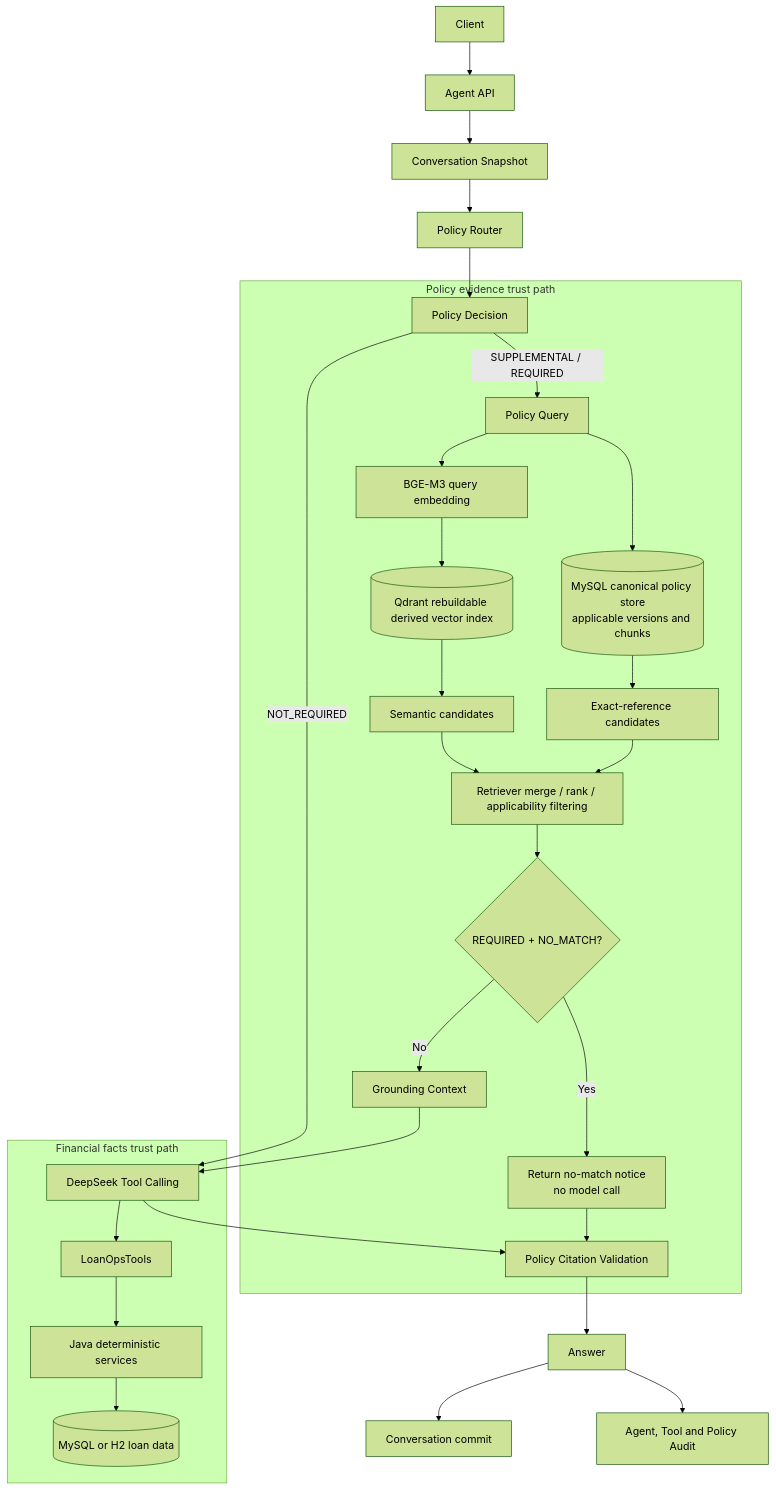
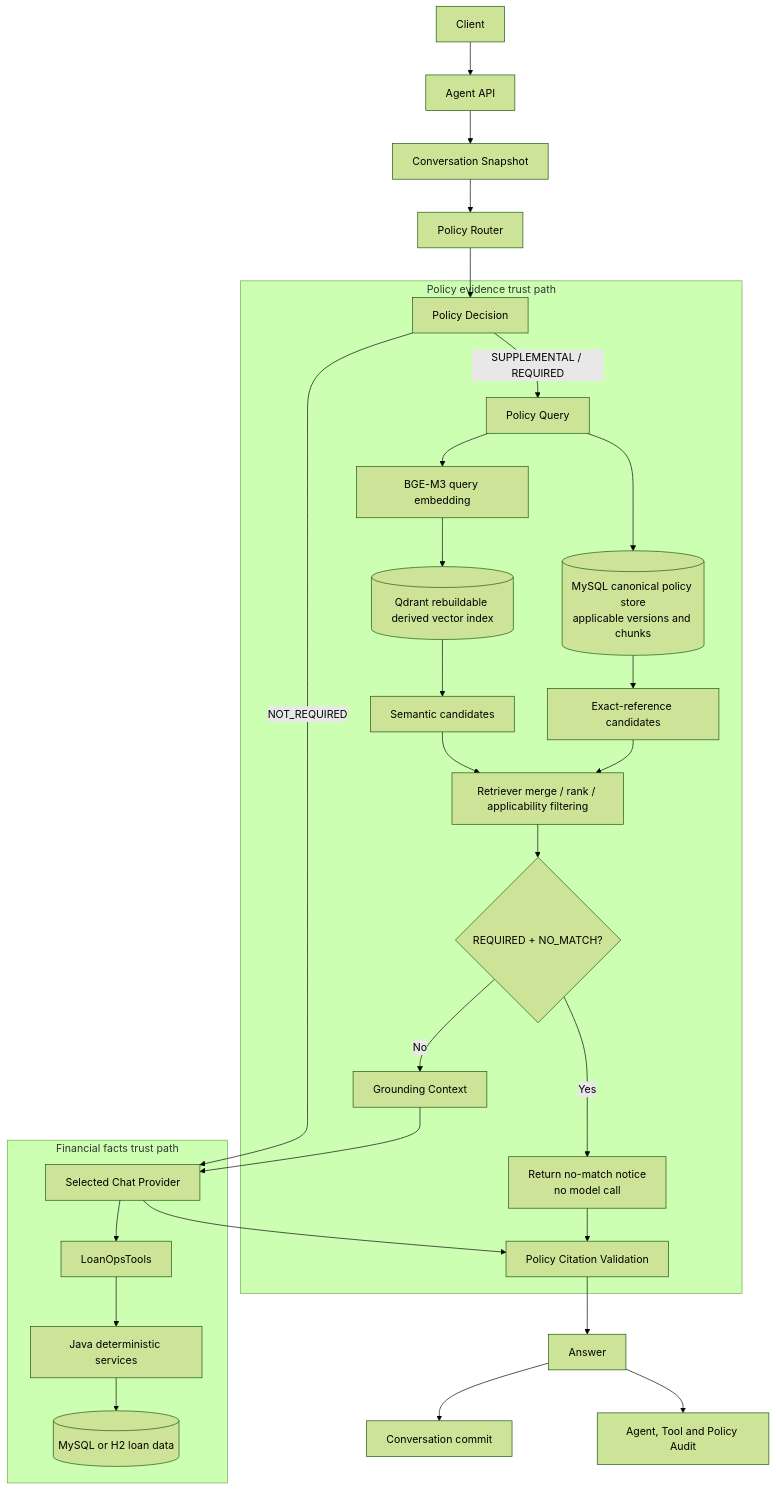
One commit to liandongjie/loanops-agent changed the diagram in docs/ARCHITECTURE.md. Above: the diagram before and after it, drawn with Mermaid (forest theme). The commit also changed other lines of this file and 6 other files, not shown here.

```diff
--- a/docs/ARCHITECTURE.md
+++ b/docs/ARCHITECTURE.md
@@ -17,35 +17,35 @@
 ~~~mermaid
 flowchart TD
     Client --> API[Agent API]
     API --> Snapshot[Conversation Snapshot]
     Snapshot --> Router[Policy Router]
     Router --> Decision[Policy Decision]
 
     subgraph FinancialFacts[Financial facts trust path]
-        Model[DeepSeek Tool Calling] --> Tools[LoanOpsTools]
+        Model[Selected Chat Provider] --> Tools[LoanOpsTools]
         Tools --> Service[Java deterministic services]
         Service --> LoanData[(MySQL or H2 loan data)]
     end
 
     subgraph PolicyEvidence[Policy evidence trust path]
         Decision -->|SUPPLEMENTAL / REQUIRED| Query[Policy Query]
         Query --> Canonical[(MySQL canonical policy store<br/>applicable versions and chunks)]
         Canonical --> Exact[Exact-reference candidates]
         Query --> Embedding[BGE-M3 query embedding]
         Embedding --> Qdrant[(Qdrant rebuildable derived vector index)]
         Qdrant --> Semantic[Semantic candidates]
         Exact --> Merge
         Semantic --> Merge
         Merge[Retriever merge / rank / applicability filtering] --> RequiredNoMatch{REQUIRED + NO_MATCH?}
         RequiredNoMatch -->|Yes| Abstain[Return no-match notice<br/>no model call]
         RequiredNoMatch -->|No| Context[Grounding Context]
         Context --> Model
         Abstain --> Citation
         Model --> Citation[Policy Citation Validation]
     end
 
     Decision -->|NOT_REQUIRED| Model
     Citation --> Answer[Answer]
     Answer --> Commit[Conversation commit]
     Answer --> Audit[Agent, Tool and Policy Audit]
 ~~~
```
